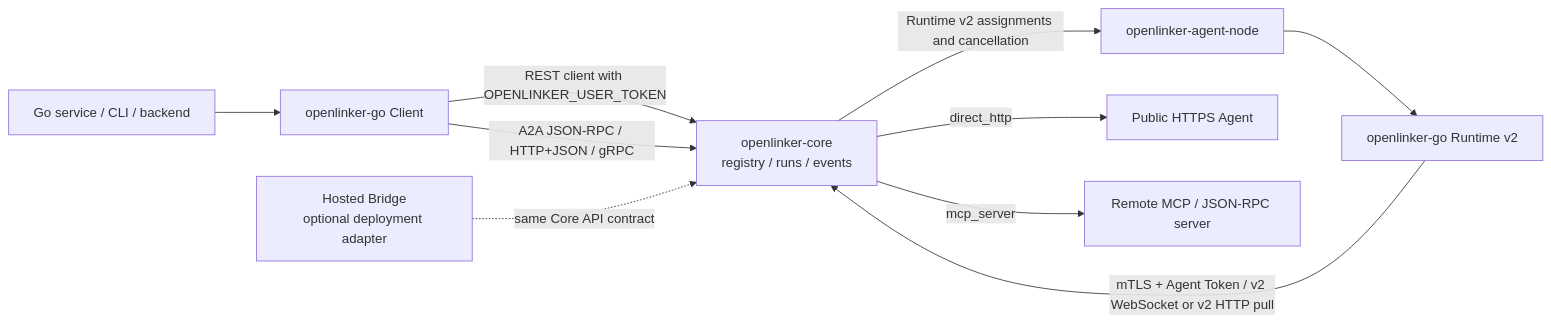
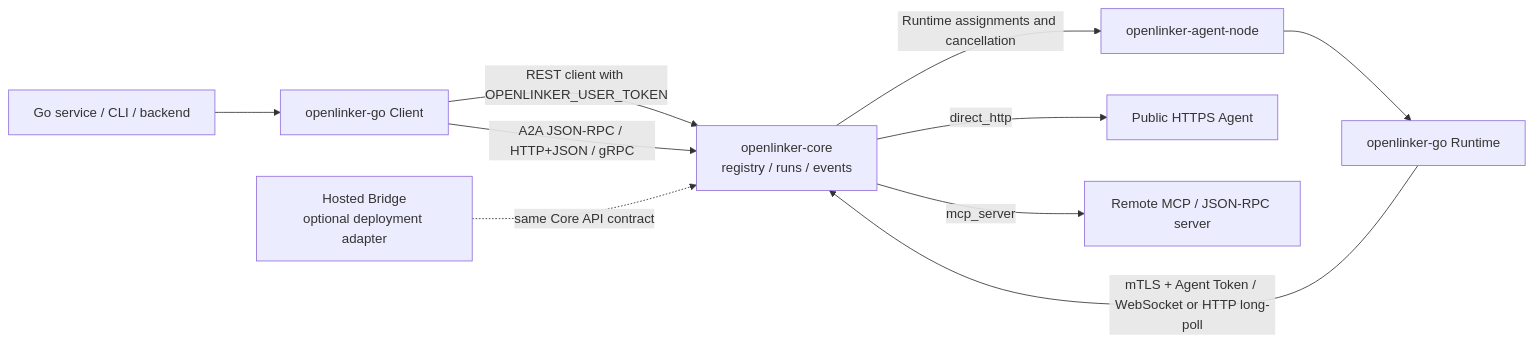
The diagram in README.md (OpenLinker-ai/openlinker-go), drawn with Mermaid before and after one commit. The commit also changed other lines of this file and 12 other files, not shown here.

````diff
--- a/README.md
+++ b/README.md
@@ -32,14 +32,14 @@
 ```mermaid
 flowchart LR
   Service["Go service / CLI / backend"] --> ClientSDK["openlinker-go Client"]
   ClientSDK -->|"REST client with OPENLINKER_USER_TOKEN"| Core["openlinker-core<br/>registry / runs / events"]
   ClientSDK -->|"A2A JSON-RPC / HTTP+JSON / gRPC"| Core
-  AgentNode["openlinker-agent-node"] --> RuntimeSDK["openlinker-go Runtime v2"]
-  RuntimeSDK -->|"mTLS + Agent Token / v2 WebSocket or v2 HTTP pull"| Core
+  AgentNode["openlinker-agent-node"] --> RuntimeSDK["openlinker-go Runtime"]
+  RuntimeSDK -->|"mTLS + Agent Token / WebSocket or HTTP long-poll"| Core
 
   HostedBridge["Hosted Bridge<br/>optional deployment adapter"] -.->|"same Core API contract"| Core
 
   Core -->|"direct_http"| HTTPAgent["Public HTTPS Agent"]
   Core -->|"mcp_server"| MCPAgent["Remote MCP / JSON-RPC server"]
-  Core -->|"Runtime v2 assignments and cancellation"| AgentNode
+  Core -->|"Runtime assignments and cancellation"| AgentNode
 ```
````
